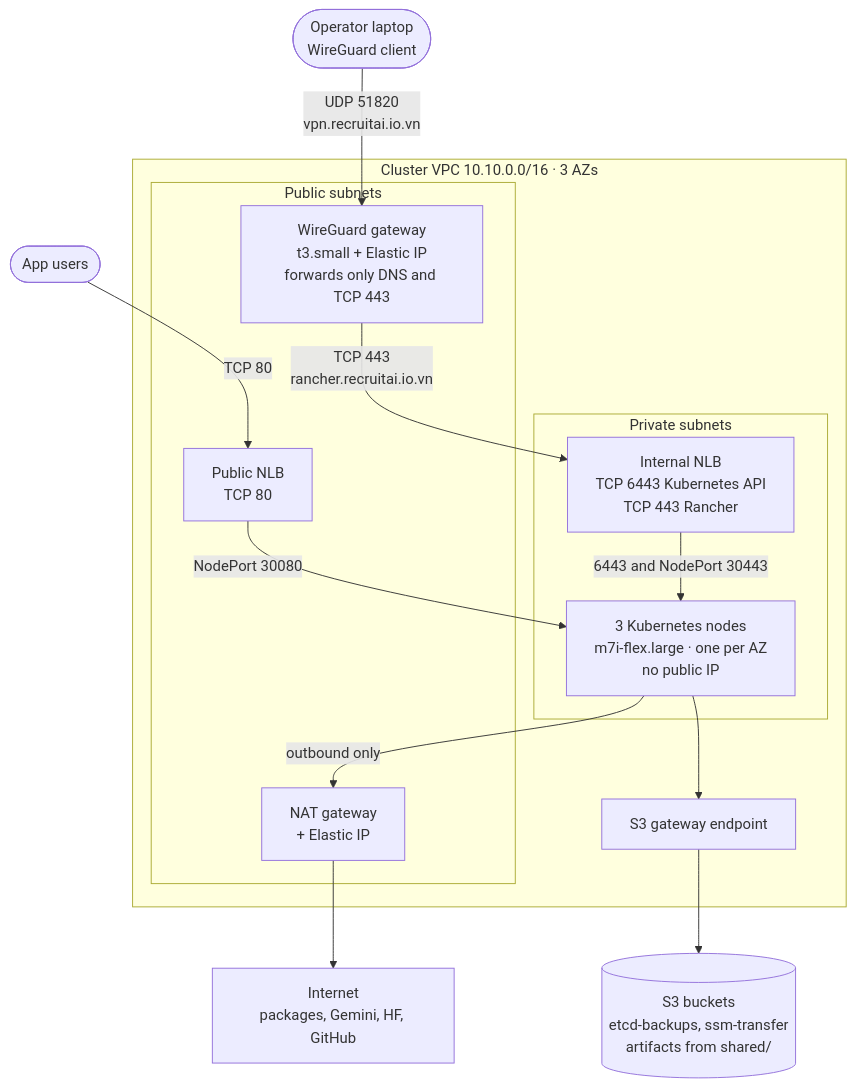
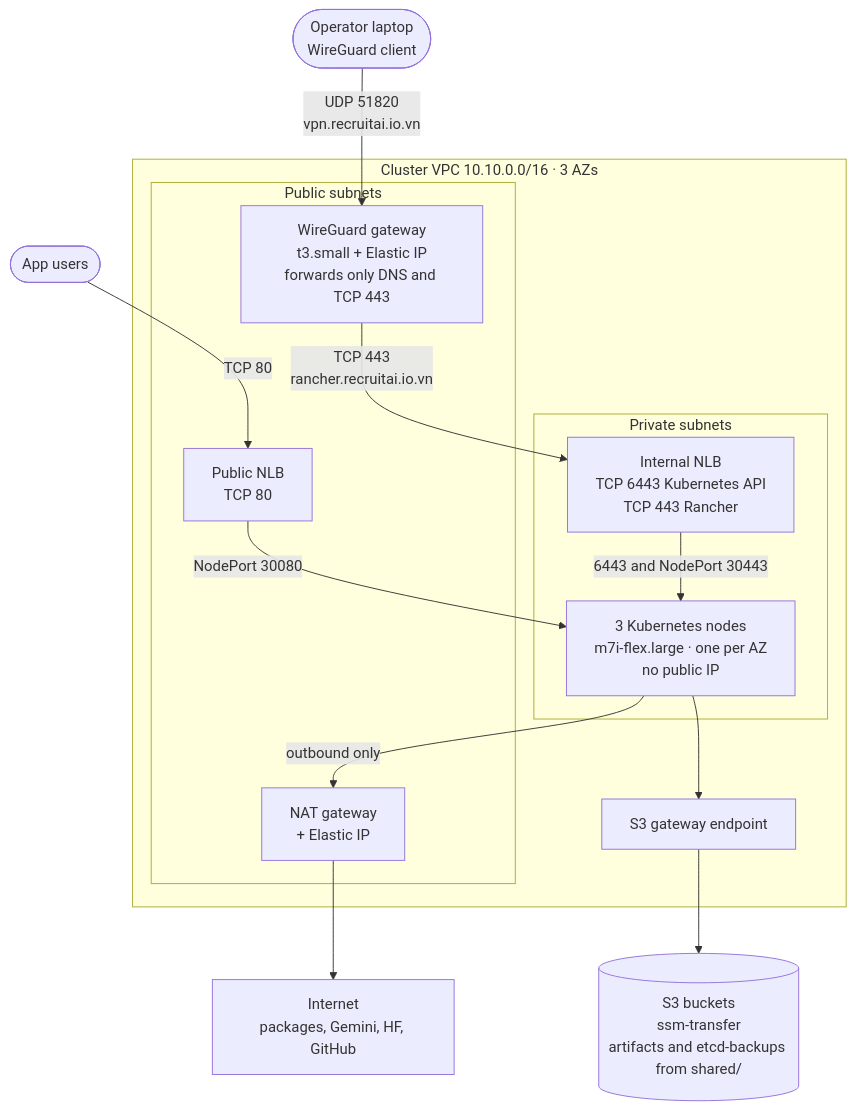
One commit to biabeogo147/Medical-RAG-Chatbot changed the fifth of 6 diagrams in docs/terraform/README.md. Above: the diagram before and after it, drawn with Mermaid. The commit also changed other lines of this file and 9 other files, not shown here.

````diff
--- a/docs/terraform/README.md
+++ b/docs/terraform/README.md
@@ -209,28 +210,28 @@
 ```mermaid
 flowchart TB
     USERS(["App users"])
     OPER(["Operator laptop<br/>WireGuard client"])
     subgraph CVPC["Cluster VPC 10.10.0.0/16 · 3 AZs"]
         subgraph PUBSUB["Public subnets"]
             PNLB["Public NLB<br/>TCP 80"]
             WG["WireGuard gateway<br/>t3.small + Elastic IP<br/>forwards only DNS and TCP 443"]
             NAT["NAT gateway<br/>+ Elastic IP"]
         end
         subgraph PRIVSUB["Private subnets"]
             INLB["Internal NLB<br/>TCP 6443 Kubernetes API<br/>TCP 443 Rancher"]
             NODES["3 Kubernetes nodes<br/>m7i-flex.large · one per AZ<br/>no public IP"]
         end
         S3E["S3 gateway endpoint"]
     end
     OUT["Internet<br/>packages, Gemini, HF, GitHub"]
-    BKT[("S3 buckets<br/>etcd-backups, ssm-transfer<br/>artifacts from shared/")]
+    BKT[("S3 buckets<br/>ssm-transfer<br/>artifacts and etcd-backups from shared/")]
     USERS -->|"TCP 80"| PNLB
     PNLB -->|"NodePort 30080"| NODES
     OPER -->|"UDP 51820<br/>vpn.recruitai.io.vn"| WG
     WG -->|"TCP 443<br/>rancher.recruitai.io.vn"| INLB
     INLB -->|"6443 and NodePort 30443"| NODES
     NODES -->|"outbound only"| NAT
     NAT --> OUT
     NODES --> S3E
     S3E --> BKT
 ```
````
